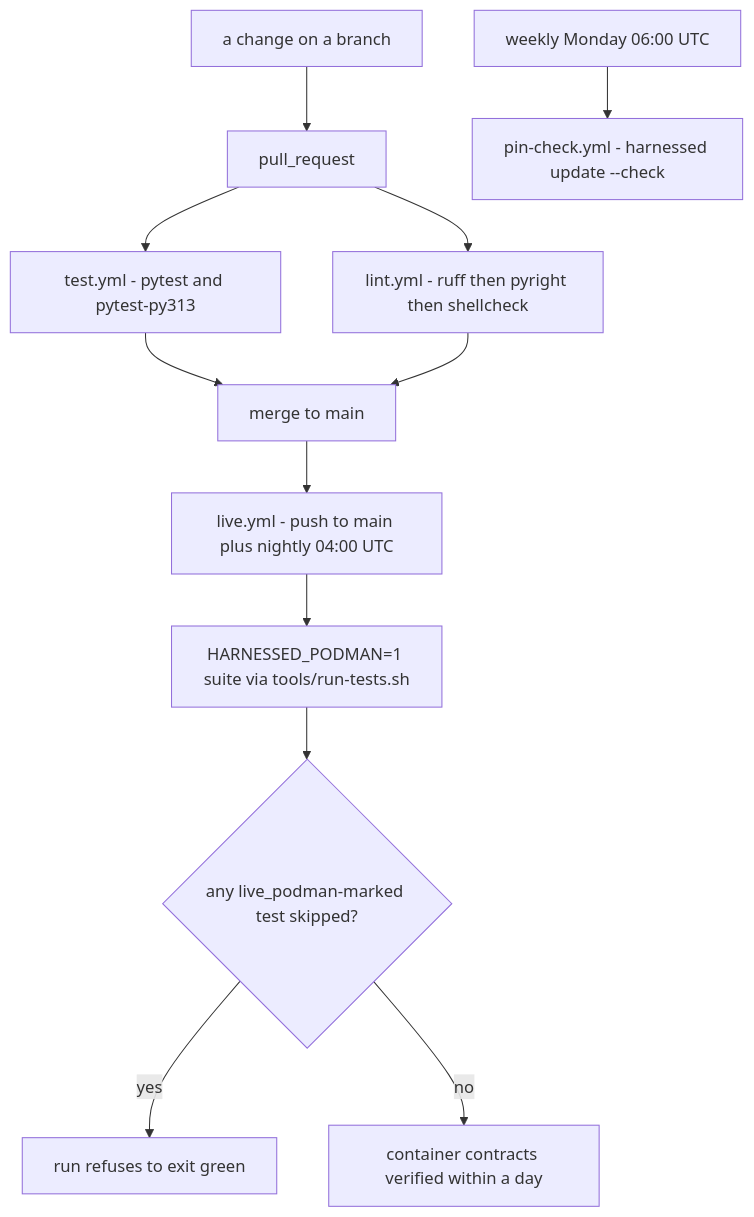
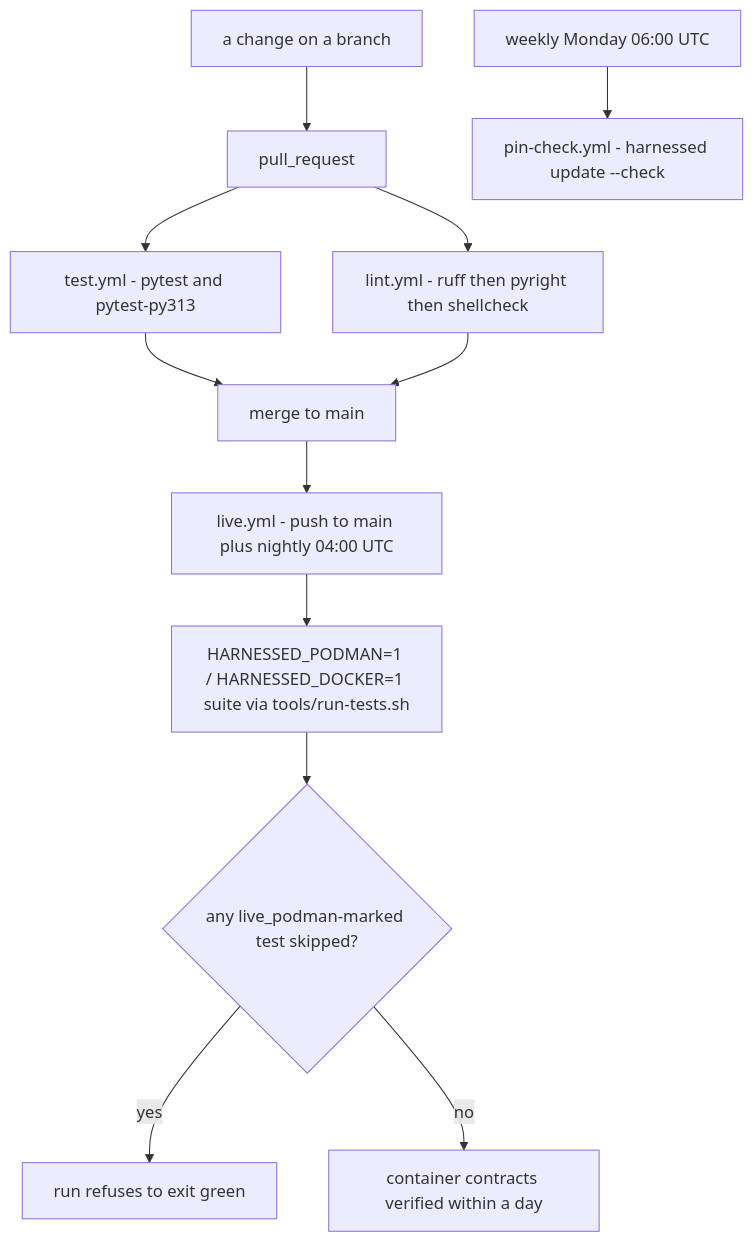
The diagram in openwiki/testing/verification-ladder.md (drmikecrowe/harnessed), drawn with Mermaid before and after one commit. The commit also changed other lines of this file and 51 other files, not shown here.

````diff
--- a/openwiki/testing/verification-ladder.md
+++ b/openwiki/testing/verification-ladder.md
@@ -88,14 +88,14 @@
 ```mermaid
 flowchart TD
     change["a change on a branch"] --> pr["pull_request"]
     pr --> pytest["test.yml - pytest and pytest-py313"]
     pr --> lint["lint.yml - ruff then pyright then shellcheck"]
     pytest --> merge["merge to main"]
     lint --> merge
     merge --> live["live.yml - push to main plus nightly 04:00 UTC"]
-    live --> gate["HARNESSED_PODMAN=1 suite via tools/run-tests.sh"]
+    live --> gate["HARNESSED_PODMAN=1 / HARNESSED_DOCKER=1 suite via tools/run-tests.sh"]
     gate --> skipped{"any live_podman-marked test skipped?"}
     skipped -->|"yes"| red["run refuses to exit green"]
     skipped -->|"no"| oklive["container contracts verified within a day"]
     weekly["weekly Monday 06:00 UTC"] --> pins["pin-check.yml - harnessed update --check"]
 ```
````
